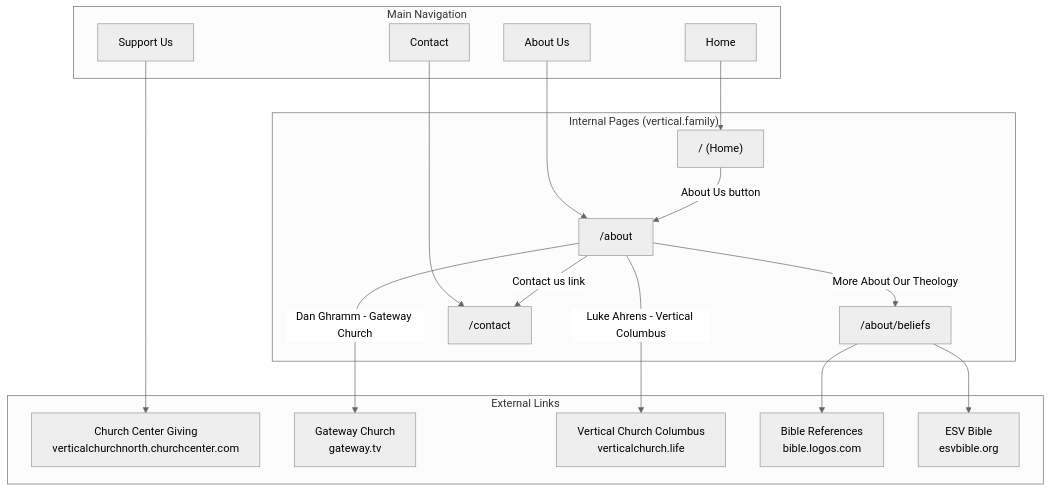
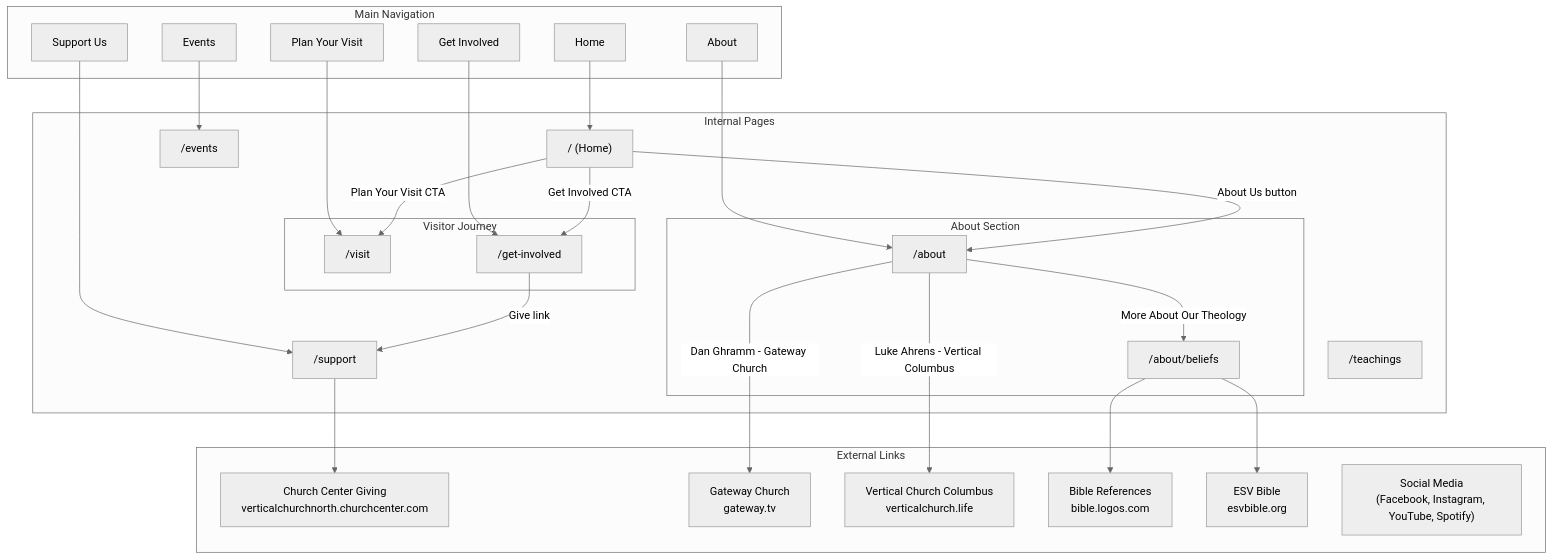
The first of 5 diagrams in product-docs/site-structure.md (SebastianGarces/vertical-church), drawn with Mermaid (neutral theme) before and after one commit. The commit also changed other lines of this file and 46 other files, not shown here.

````diff
--- a/product-docs/site-structure.md
+++ b/product-docs/site-structure.md
@@ -7,43 +7,66 @@
 ```mermaid
 flowchart TB
-    subgraph Internal["Internal Pages (vertical.family)"]
+    subgraph Internal["Internal Pages"]
         HOME["/ (Home)"]
-        ABOUT["/about"]
-        BELIEFS["/about/beliefs"]
-        CONTACT["/contact"]
+        
+        subgraph AboutSection["About Section"]
+            ABOUT["/about"]
+            BELIEFS["/about/beliefs"]
+        end
+        
+        subgraph VisitorJourney["Visitor Journey"]
+            VISIT["/visit"]
+            INVOLVED["/get-involved"]
+        end
+        
+        EVENTS["/events"]
+        SUPPORT["/support"]
+        TEACHINGS["/teachings"]
     end
 
     subgraph External["External Links"]
         GIVING["Church Center Giving<br/>verticalchurchnorth.churchcenter.com"]
         GATEWAY["Gateway Church<br/>gateway.tv"]
         VERTICAL_COLUMBUS["Vertical Church Columbus<br/>verticalchurch.life"]
         BIBLE_LOGOS["Bible References<br/>bible.logos.com"]
         ESV_BIBLE["ESV Bible<br/>esvbible.org"]
+        SOCIAL["Social Media<br/>(Facebook, Instagram, YouTube, Spotify)"]
     end
 
     subgraph Navigation["Main Navigation"]
         NAV_HOME["Home"]
-        NAV_ABOUT["About Us"]
+        NAV_ABOUT["About"]
+        NAV_VISIT["Plan Your Visit"]
+        NAV_INVOLVED["Get Involved"]
+        NAV_EVENTS["Events"]
         NAV_SUPPORT["Support Us"]
-        NAV_CONTACT["Contact"]
     end
 
     %% Navigation Links
     NAV_HOME --> HOME
     NAV_ABOUT --> ABOUT
-    NAV_SUPPORT --> GIVING
-    NAV_CONTACT --> CONTACT
+    NAV_VISIT --> VISIT
+    NAV_INVOLVED --> INVOLVED
+    NAV_EVENTS --> EVENTS
+    NAV_SUPPORT --> SUPPORT
 
     %% Internal Page Links
+    HOME -->|"Plan Your Visit CTA"| VISIT
+    HOME -->|"Get Involved CTA"| INVOLVED
     HOME -->|"About Us button"| ABOUT
     ABOUT -->|"More About Our Theology"| BELIEFS
-    ABOUT -->|"Contact us link"| CONTACT
+
+    %% Get Involved Sub-sections
+    INVOLVED -->|"Give link"| SUPPORT
 
     %% External Partner Links
     ABOUT -->|"Dan Ghramm - Gateway Church"| GATEWAY
     ABOUT -->|"Luke Ahrens - Vertical Columbus"| VERTICAL_COLUMBUS
 
     %% Bible Reference Links (from Beliefs page)
     BELIEFS --> BIBLE_LOGOS
     BELIEFS --> ESV_BIBLE
+    
+    %% Giving
+    SUPPORT --> GIVING
 ```
````
